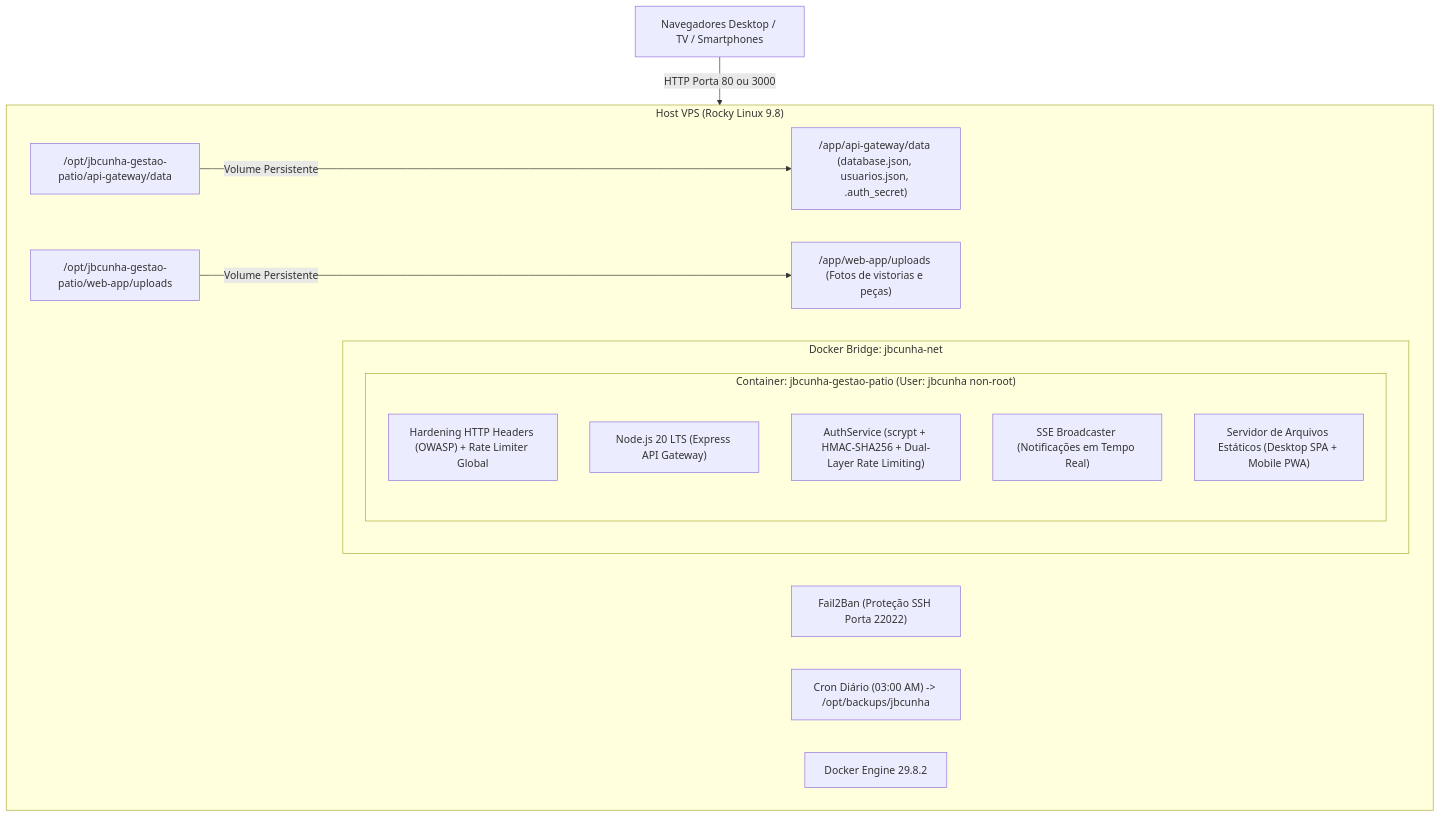
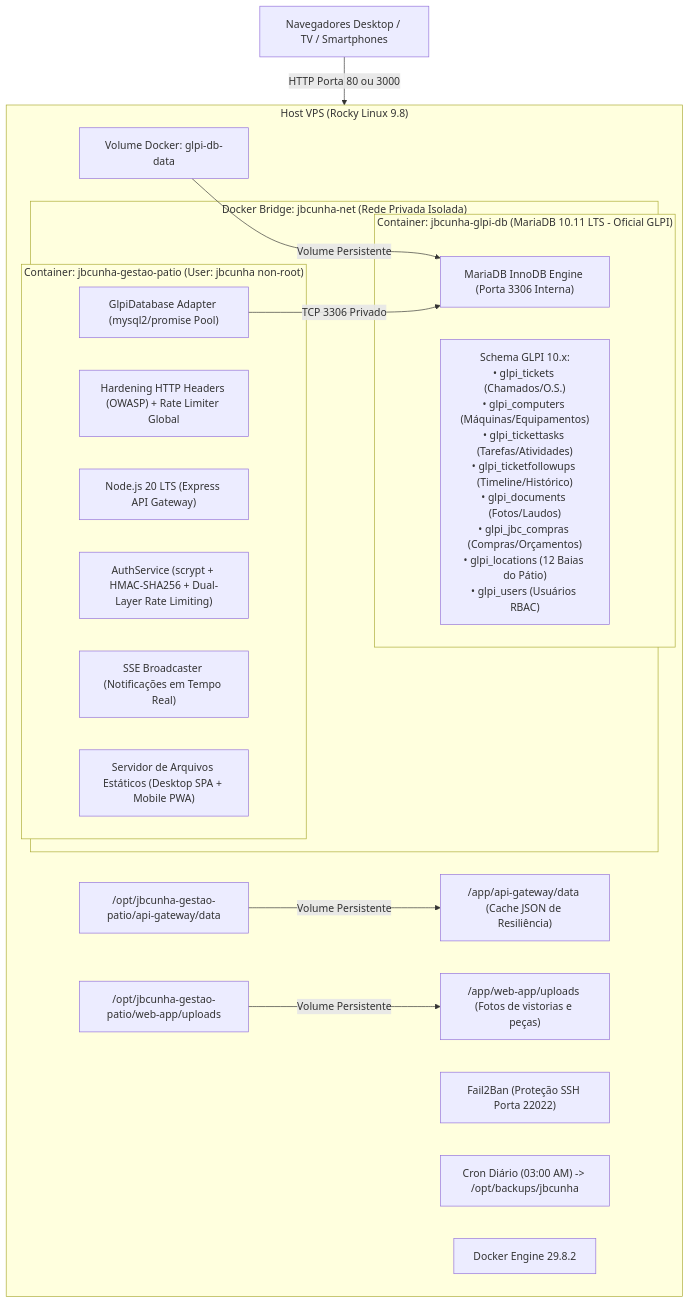
One commit to ExpeditoVasconcelos/Gest-o-de-patio changed the diagram in docs/INFRAESTRUTURA_E_SUPORTE_NUVEM.md. Above: the diagram before and after it, drawn with Mermaid. The commit also changed other lines of this file and 8 other files, not shown here.

Commit message:
feat(glpi-db): integrate dockerized MariaDB GLPI 10.x database with clean zero state for production

````diff
--- a/docs/INFRAESTRUTURA_E_SUPORTE_NUVEM.md
+++ b/docs/INFRAESTRUTURA_E_SUPORTE_NUVEM.md
@@ -34,23 +34,32 @@
 ```mermaid
 graph TD
     UserClient[Navegadores Desktop / TV / Smartphones] -->|HTTP Porta 80 ou 3000| HostServer["Host VPS (Rocky Linux 9.8 - 129.121.45.248)"]
     
     subgraph HostServer["Host VPS (Rocky Linux 9.8)"]
         F2B["Fail2Ban (Proteção SSH Porta 22022)"]
         CronBackup["Cron Diário (03:00 AM) -> /opt/backups/jbcunha"]
         DockerDaemon["Docker Engine 29.8.2"]
         
-        subgraph DockerNet["Docker Bridge: jbcunha-net"]
-            subgraph Container["Container: jbcunha-gestao-patio (User: jbcunha non-root)"]
+        subgraph DockerNet["Docker Bridge: jbcunha-net (Rede Privada Isolada)"]
+            subgraph WebAppContainer["Container: jbcunha-gestao-patio (User: jbcunha non-root)"]
                 SecHeaders["Hardening HTTP Headers (OWASP) + Rate Limiter Global"]
                 ExpressApp["Node.js 20 LTS (Express API Gateway)"]
                 AuthEngine["AuthService (scrypt + HMAC-SHA256 + Dual-Layer Rate Limiting)"]
                 SSEBroadcaster["SSE Broadcaster (Notificações em Tempo Real)"]
+                GlpiDbConnector["GlpiDatabase Adapter (mysql2/promise Pool)"]
                 StaticFiles["Servidor de Arquivos Estáticos (Desktop SPA + Mobile PWA)"]
+            end
+            
+            subgraph DBContainer["Container: jbcunha-glpi-db (MariaDB 10.11 LTS - Oficial GLPI)"]
+                MariaDBEngine["MariaDB InnoDB Engine (Porta 3306 Interna)"]
+                GLPITables["Schema GLPI 10.x:\n• glpi_tickets (Chamados/O.S.)\n• glpi_computers (Máquinas/Equipamentos)\n• glpi_tickettasks (Tarefas/Atividades)\n• glpi_ticketfollowups (Timeline/Histórico)\n• glpi_documents (Fotos/Laudos)\n• glpi_jbc_compras (Compras/Orçamentos)\n• glpi_locations (12 Baias do Pátio)\n• glpi_users (Usuários RBAC)"]
             end
         end
         
-        HostStorageData["/opt/jbcunha-gestao-patio/api-gateway/data"] -->|Volume Persistente| VolData["/app/api-gateway/data (database.json, usuarios.json, .auth_secret)"]
+        HostStorageDB["Volume Docker: glpi-db-data"] -->|Volume Persistente| MariaDBEngine
+        HostStorageData["/opt/jbcunha-gestao-patio/api-gateway/data"] -->|Volume Persistente| VolData["/app/api-gateway/data (Cache JSON de Resiliência)"]
         HostStorageUploads["/opt/jbcunha-gestao-patio/web-app/uploads"] -->|Volume Persistente| VolUploads["/app/web-app/uploads (Fotos de vistorias e peças)"]
+        
+        GlpiDbConnector -->|TCP 3306 Privado| MariaDBEngine
     end
 ```
````
